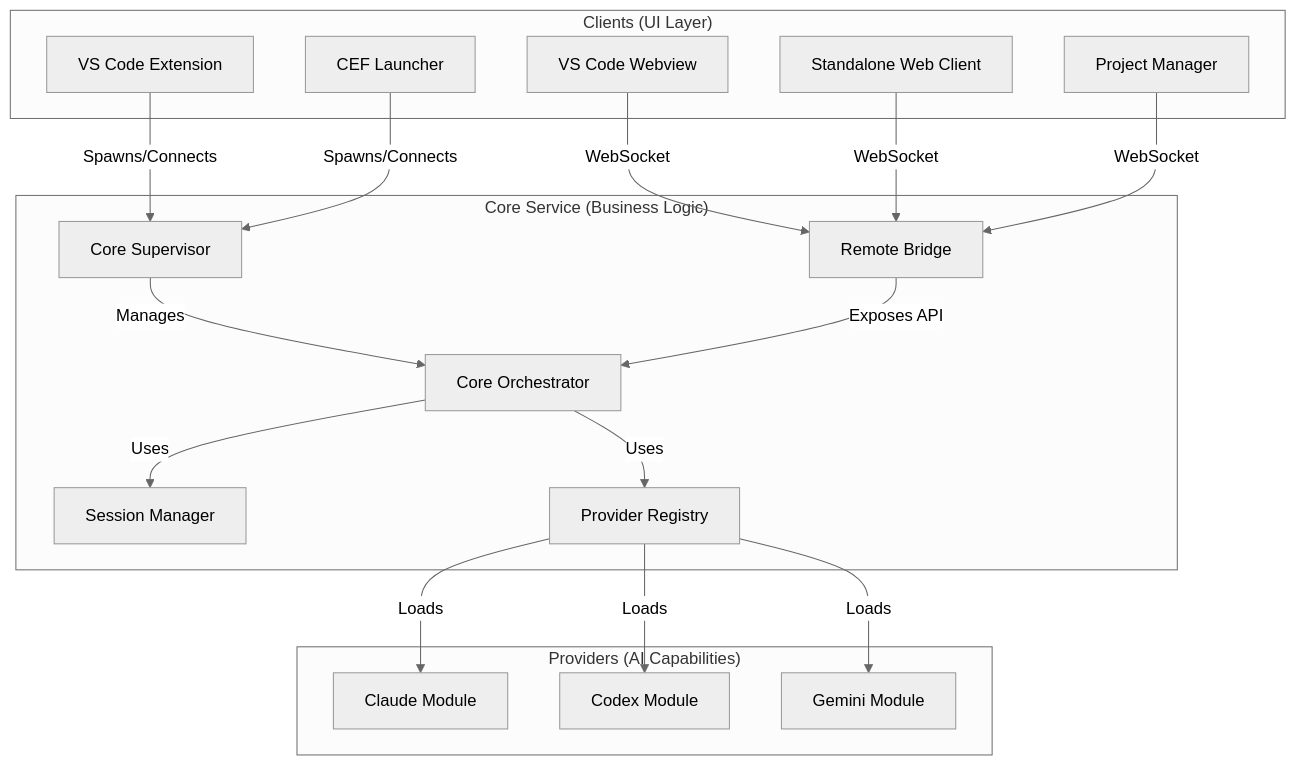
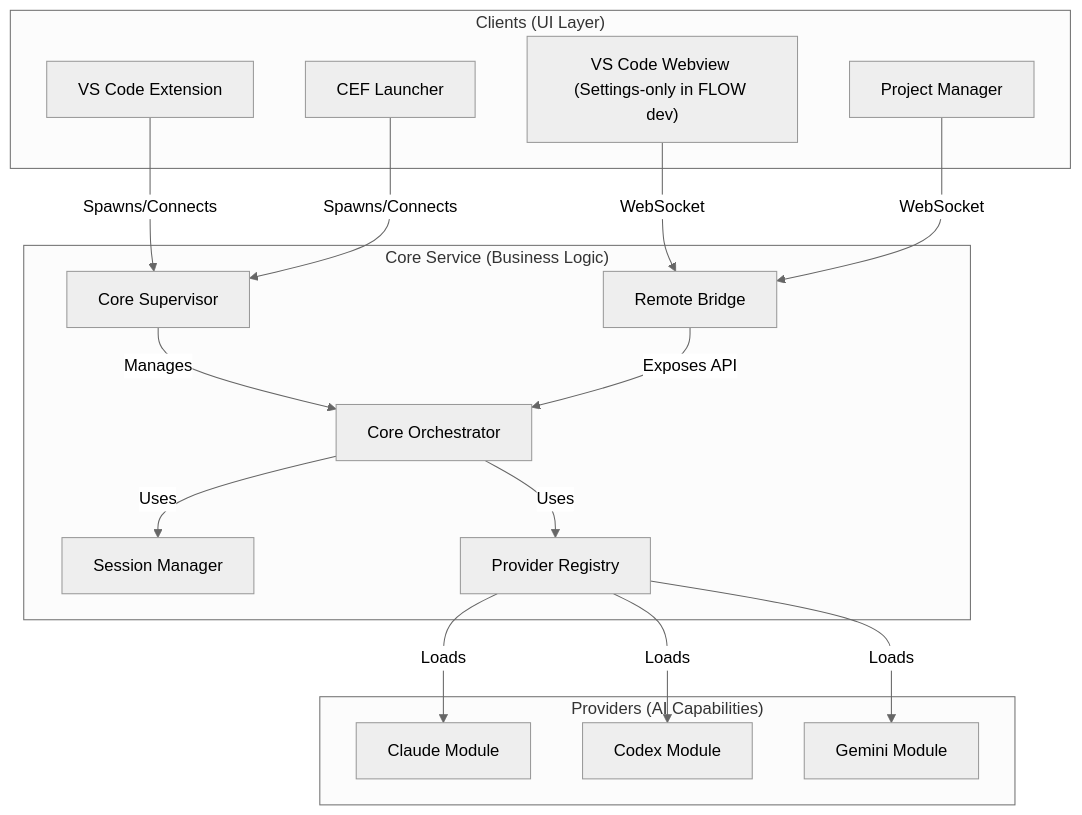
One commit to OleynikAleksandr/CodeAI-Hub changed the diagram in doc/Project_Docs/SystemArchitecture/SystemArchitecture.md. Above: the diagram before and after it, drawn with Mermaid (neutral theme). The commit also changed other lines of this file and 1 other file, not shown here.

Commit message:
docs(arch): align docs with web-client deprecation

````diff
--- a/doc/Project_Docs/SystemArchitecture/SystemArchitecture.md
+++ b/doc/Project_Docs/SystemArchitecture/SystemArchitecture.md
@@ -26,42 +26,40 @@
 ```mermaid
 graph TD
     subgraph "Clients (UI Layer)"
         VSCode["VS Code Extension"]
         Launcher["CEF Launcher"]
-        Webview["VS Code Webview"]
-        WebClient["Standalone Web Client"]
+        Webview["VS Code Webview (Settings-only in FLOW dev)"]
         ProjectManager["Project Manager"]
     end
 
     subgraph "Core Service (Business Logic)"
         Orchestrator["Core Orchestrator"]
         Supervisor["Core Supervisor"]
         Bridge["Remote Bridge"]
         SessionMgr["Session Manager"]
         Registry["Provider Registry"]
     end
 
     subgraph "Providers (AI Capabilities)"
         Claude["Claude Module"]
         Codex["Codex Module"]
         Gemini["Gemini Module"]
     end
 
     %% Client Connections
     VSCode -->|Spawns/Connects| Supervisor
     Launcher -->|Spawns/Connects| Supervisor
     Webview -->|WebSocket| Bridge
-    WebClient -->|WebSocket| Bridge
     ProjectManager -->|WebSocket| Bridge
 
     %% Core Internal Flow
     Supervisor -->|Manages| Orchestrator
     Orchestrator -->|Uses| SessionMgr
     Orchestrator -->|Uses| Registry
     Bridge -->|Exposes API| Orchestrator
 
     %% Provider Connections
     Registry -->|Loads| Claude
     Registry -->|Loads| Codex
     Registry -->|Loads| Gemini
 ```
````
